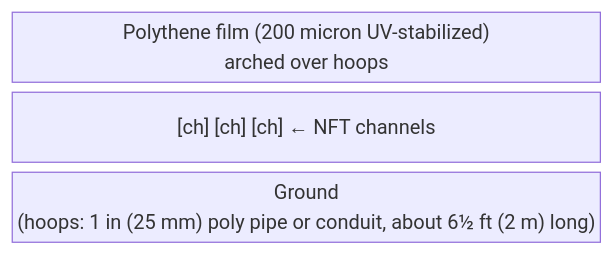
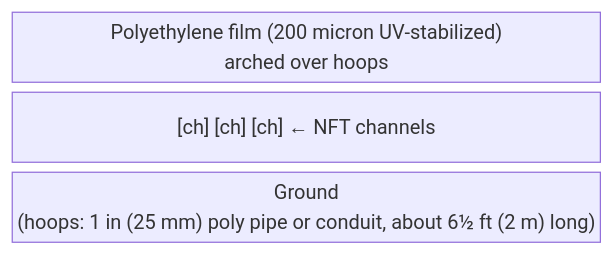
The tenth of 11 diagrams in guide/nft/10-climate-management.md (UncleJS/guide_hydroponics), drawn with Mermaid before and after one commit. The commit also changed other lines of this file and 22 other files, not shown here.

````diff
--- a/guide/nft/10-climate-management.md
+++ b/guide/nft/10-climate-management.md
@@ -773,7 +774,7 @@
 ```mermaid
 block-beta
     columns 1
-    film["Polythene film (200 micron UV-stabilized)<br/>arched over hoops"]
+    film["Polyethylene film (200 micron UV-stabilized)<br/>arched over hoops"]
     interior["[ch]         [ch]         [ch]   ← NFT channels"]
     ground["Ground<br/>(hoops: 1 in (25 mm) poly pipe or conduit, about 6½ ft (2 m) long)"]
 ```
````
